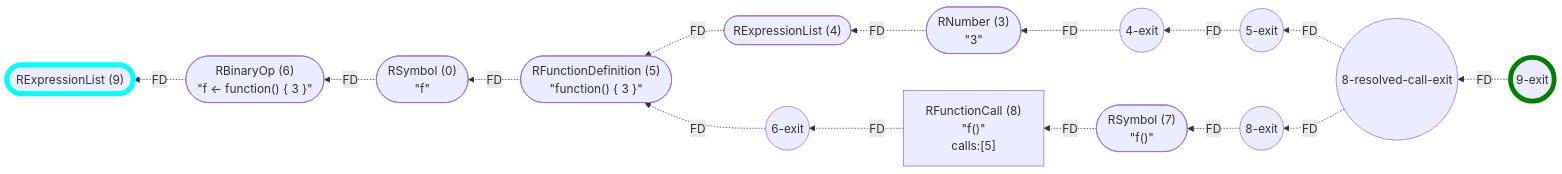
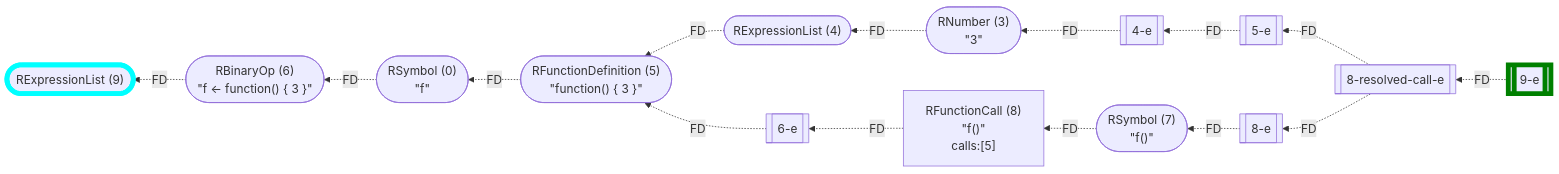
Before and after one commit to flowr-analysis/flowr: the sixth of 23 diagrams in wiki/Control Flow Graph.md, drawn with Mermaid. The commit also changed other lines of this file and 9 other files, not shown here.

````diff
--- a/wiki/Control Flow Graph.md
+++ b/wiki/Control Flow Graph.md
@@ -330,39 +336,39 @@
 ```mermaid
 flowchart RL
     n9(["`RExpressionList (9)`"])
     n0(["`RSymbol (0)
 #34;f#34;`"])
-    n5-exit((5-exit))
+    n5-e[[5-e]]
     n5(["`RFunctionDefinition (5)
 #34;function() #123; 3 #125;#34;`"])
     n4(["`RExpressionList (4)`"])
     n3(["`RNumber (3)
 #34;3#34;`"])
-    n4-exit((4-exit))
+    n4-e[[4-e]]
     n6(["`RBinaryOp (6)
 #34;f #60;#45; function() #123; 3 #125;#34;`"])
-    n6-exit((6-exit))
+    n6-e[[6-e]]
     n7(["`RSymbol (7)
 #34;f()#34;`"])
     n8["`RFunctionCall (8)
 #34;f()#34;
  calls:#91;5#93;`"]
-    n8-exit((8-exit))
-    n8-resolved-call-exit((8-resolved-call-exit))
-    n9-exit((9-exit))
+    n8-e[[8-e]]
+    n8-resolved-call-e[[8-resolved-call-e]]
+    n9-e[[9-e]]
     n6 -.->|"FD"| n9
     n3 -.->|"FD"| n4
-    n4-exit -.->|"FD"| n3
+    n4-e -.->|"FD"| n3
     n4 -.->|"FD"| n5
-    n5-exit -.->|"FD"| n4-exit
+    n5-e -.->|"FD"| n4-e
     n5 -.->|"FD"| n0
     n0 -.->|"FD"| n6
-    n6-exit -.->|"FD"| n5
-    n8 -.->|"FD"| n6-exit
+    n6-e -.->|"FD"| n5
+    n8 -.->|"FD"| n6-e
     n7 -.->|"FD"| n8
-    n8-exit -.->|"FD"| n7
-    n8-resolved-call-exit -.->|"FD"| n8-exit
-    n8-resolved-call-exit -.->|"FD"| n5-exit
-    n9-exit -.->|"FD"| n8-resolved-call-exit
-    style n9 stroke:cyan,stroke-width:6.5px;    style n9-exit stroke:green,stroke-width:6.5px;
+    n8-e -.->|"FD"| n7
+    n8-resolved-call-e -.->|"FD"| n8-e
+    n8-resolved-call-e -.->|"FD"| n5-e
+    n9-e -.->|"FD"| n8-resolved-call-e
+    style n9 stroke:cyan,stroke-width:6.5px;    style n9-e stroke:green,stroke-width:6.5px;
 ```
````
